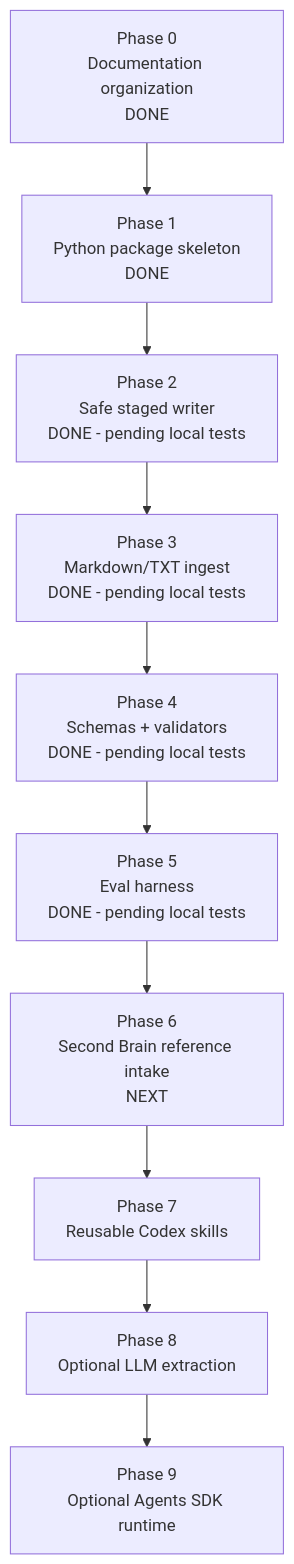
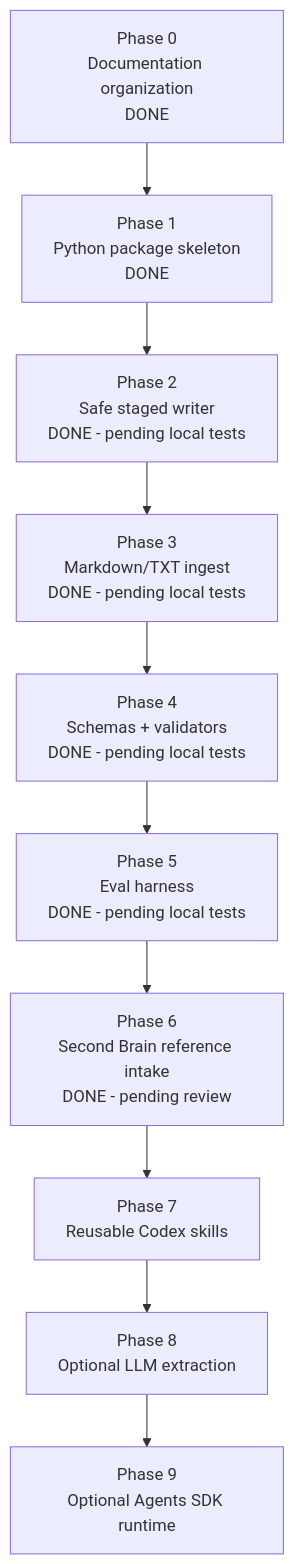
Before and after one commit to Denys/obsidian-librarian-to-add: the diagram in docs/10_implementation_plan.md, drawn with Mermaid. The commit also changed other lines of this file and 6 other files, not shown here.

Commit message:
docs: integrate Second Brain reference intake

````diff
--- a/docs/10_implementation_plan.md
+++ b/docs/10_implementation_plan.md
@@ -5,15 +5,15 @@
 ```mermaid
 flowchart TD
     P0[Phase 0<br/>Documentation organization<br/>DONE]
     P1[Phase 1<br/>Python package skeleton<br/>DONE]
     P2[Phase 2<br/>Safe staged writer<br/>DONE - pending local tests]
     P3[Phase 3<br/>Markdown/TXT ingest<br/>DONE - pending local tests]
     P4[Phase 4<br/>Schemas + validators<br/>DONE - pending local tests]
     P5[Phase 5<br/>Eval harness<br/>DONE - pending local tests]
-    P6[Phase 6<br/>Second Brain reference intake<br/>NEXT]
+    P6[Phase 6<br/>Second Brain reference intake<br/>DONE - pending review]
     P7[Phase 7<br/>Reusable Codex skills]
     P8[Phase 8<br/>Optional LLM extraction]
     P9[Phase 9<br/>Optional Agents SDK runtime]
 
     P0 --> P1 --> P2 --> P3 --> P4 --> P5 --> P6 --> P7 --> P8 --> P9
 ```
````
